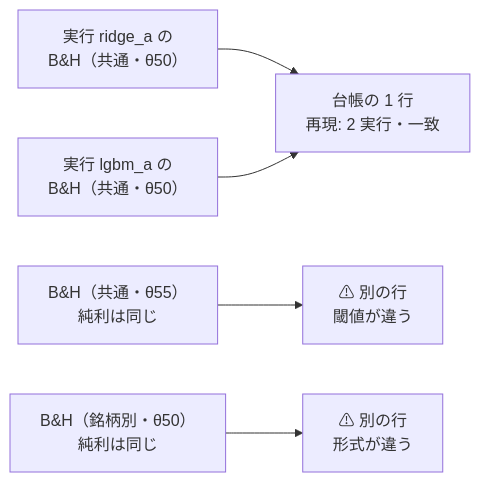
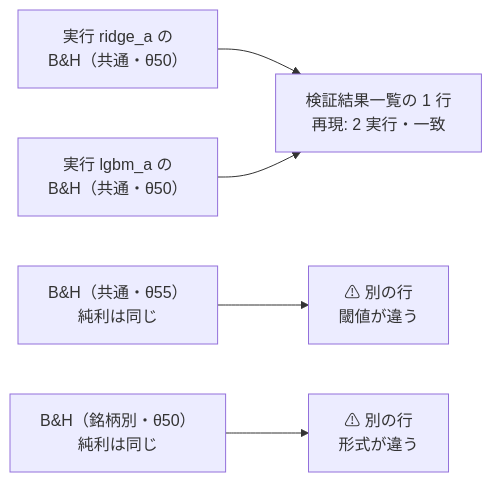
Before and after one commit to akiraak/ai-income-lab: the fourth of 9 diagrams in docs/specs/experiments/feature-discovery/units.md, drawn with Mermaid. The commit also changed other lines of this file and 52 other files, not shown here.

````diff
--- a/docs/specs/experiments/feature-discovery/units.md
+++ b/docs/specs/experiments/feature-discovery/units.md
@@ -109,7 +109,7 @@
 ```mermaid
 flowchart LR
-  A["実行 ridge_a の<br/>B&H（共通・θ50）"] --> T1["台帳の 1 行<br/>再現: 2 実行・一致"]
+  A["実行 ridge_a の<br/>B&H（共通・θ50）"] --> T1["検証結果一覧の 1 行<br/>再現: 2 実行・一致"]
   B["実行 lgbm_a の<br/>B&H（共通・θ50）"] --> T1
   C["B&H（共通・θ55）<br/>純利は同じ"] --> T2["⚠ 別の行<br/>閾値が違う"]
   D["B&H（銘柄別・θ50）<br/>純利は同じ"] --> T3["⚠ 別の行<br/>形式が違う"]
 ```
````
